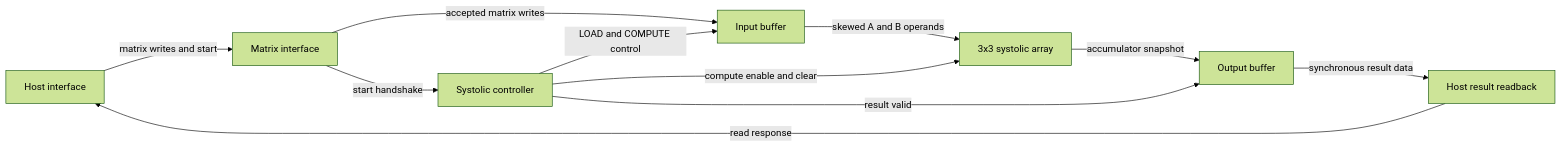
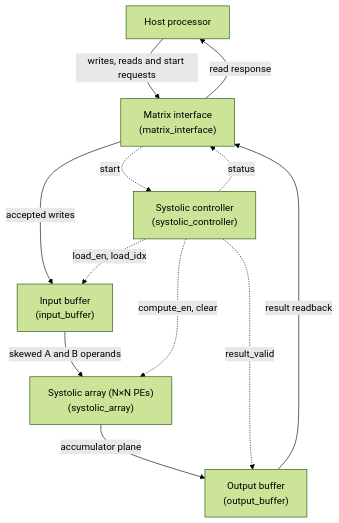
Before and after one commit to alpha-sml/Systolic-Array-Accelerator: the first of 3 diagrams in README.md, drawn with Mermaid (forest theme). The commit also changed other lines of this file and 1 other file, not shown here.

Commit message:
docs: add Phase I deliverables and update architecture diagram in README

````diff
--- a/README.md
+++ b/README.md
@@ -31,21 +27,24 @@
 ```mermaid
-flowchart LR
-    H[Host interface]
-    MI[Matrix interface]
-    IB[Input buffer]
-    SC[Systolic controller]
-    SA[3x3 systolic array]
-    OB[Output buffer]
-    R[Host result readback]
+flowchart TD
+    HOST["Host processor"]
+    MI["Matrix interface<br/>(matrix_interface)"]
+    IB["Input buffer<br/>(input_buffer)"]
+    SC["Systolic controller<br/>(systolic_controller)"]
+    SA["Systolic array (N×N PEs)<br/>(systolic_array)"]
+    OB["Output buffer<br/>(output_buffer)"]
 
-    H -->|matrix writes and start| MI
-    MI -->|accepted matrix writes| IB
+    %% Data Paths (Solid lines)
+    HOST -->|writes, reads and start requests| MI
+    MI -->|accepted writes| IB
     IB -->|skewed A and B operands| SA
-    MI -->|start handshake| SC
-    SC -->|LOAD and COMPUTE control| IB
-    SC -->|compute enable and clear| SA
-    SA -->|accumulator snapshot| OB
-    SC -->|result valid| OB
-    OB -->|synchronous result data| R
-    R -->|read response| H
+    SA -->|accumulator plane| OB
+    OB -->|result readback| MI
+    MI -->|read response| HOST
+
+    %% Control & Status Paths (Dashed lines)
+    MI -.->|start| SC
+    SC -.->|status| MI
+    SC -.->|load_en, load_idx| IB
+    SC -.->|compute_en, clear| SA
+    SC -.->|result_valid| OB
 ```
````
